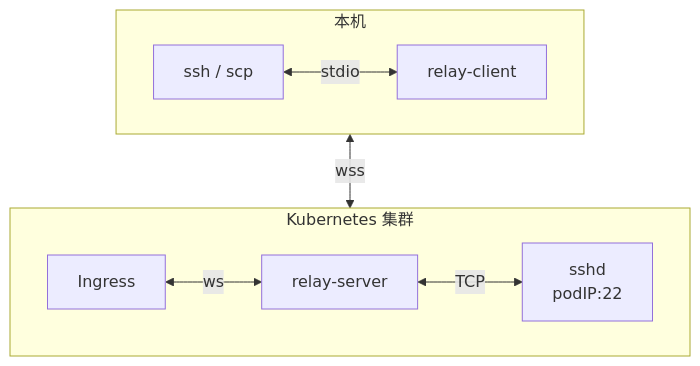
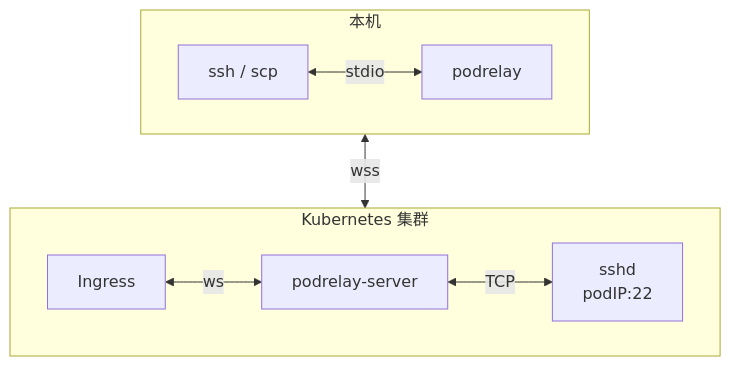
The first of 3 diagrams in README.zh-CN.md (fqix/k8s-pod-ssh-relay), drawn with Mermaid before and after one commit. The commit also changed other lines of this file and 41 other files, not shown here.

First line of the commit message:
feat!: rename the project to PodRelay

````diff
--- a/README.zh-CN.md
+++ b/README.zh-CN.md
@@ -9,12 +9,12 @@
 ```mermaid
 flowchart TB
   subgraph local["本机"]
     direction LR
-    ssh["ssh / scp"] <-->|stdio| client["relay-client"]
+    ssh["ssh / scp"] <-->|stdio| client["podrelay"]
   end
   subgraph cluster["Kubernetes 集群"]
     direction LR
-    ingress["Ingress"] <-->|ws| relay["relay-server"] <-->|TCP| sshd["sshd<br/>podIP:22"]
+    ingress["Ingress"] <-->|ws| relay["podrelay-server"] <-->|TCP| sshd["sshd<br/>podIP:22"]
   end
   local <-->|wss| cluster
 ```
````
